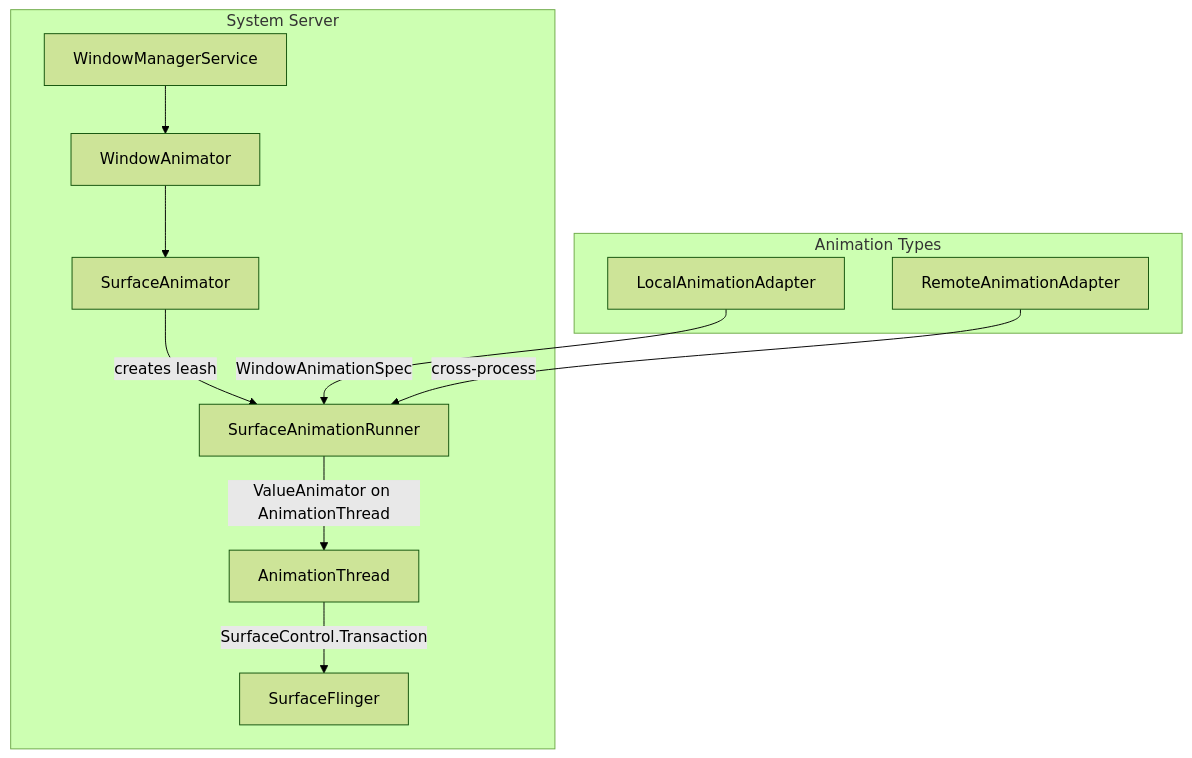
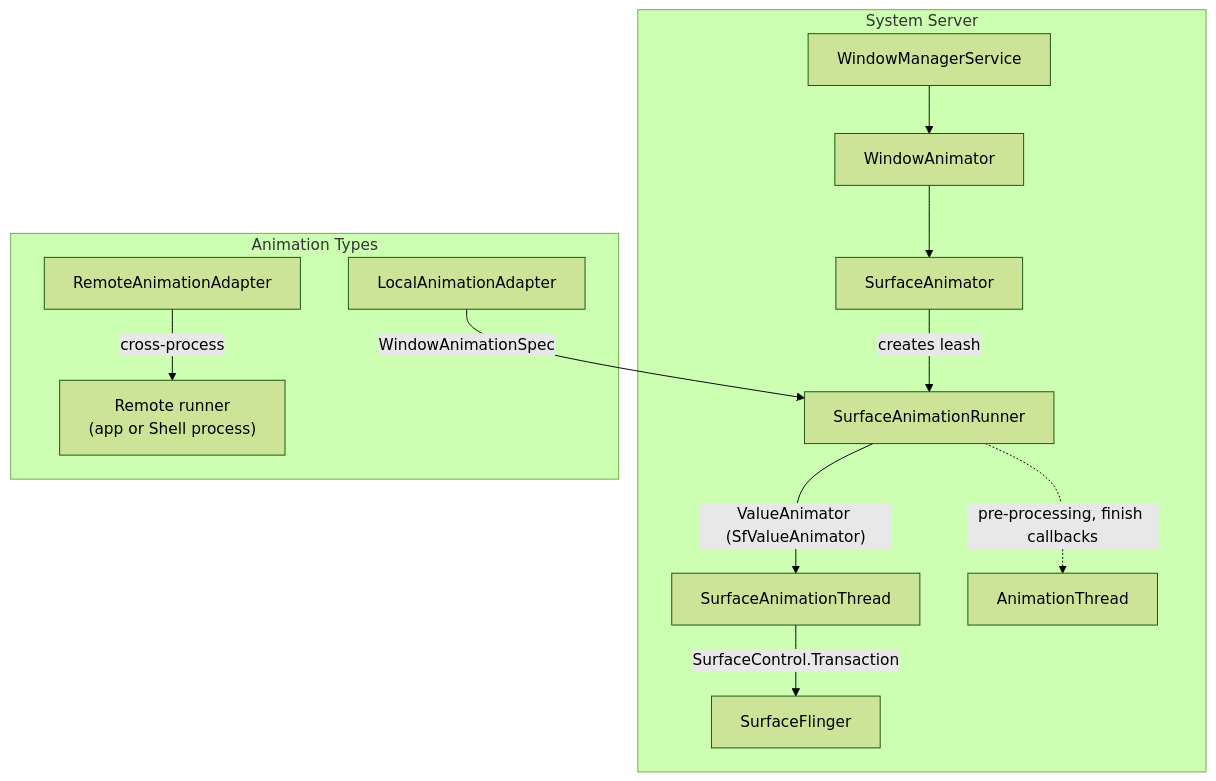
One commit to aospbooks/aosp-internal-book changed diagram 21 of 47 in 14-animation-system.md. Above: the diagram before and after it, drawn with Mermaid (forest theme). The commit also changed other lines of this file and 218 other files, not shown here.

````diff
--- a/14-animation-system.md
+++ b/14-animation-system.md
@@ -2212,15 +2238,16 @@
 ```mermaid
 graph TD
     subgraph "System Server"
         WMS[WindowManagerService] --> WA[WindowAnimator]
         WA --> SA[SurfaceAnimator]
         SA --> |creates leash| SAR[SurfaceAnimationRunner]
-        SAR --> |ValueAnimator on AnimationThread| AT[AnimationThread]
-        AT --> |SurfaceControl.Transaction| SF[SurfaceFlinger]
+        SAR --> |"ValueAnimator (SfValueAnimator)"| SAT[SurfaceAnimationThread]
+        SAT --> |SurfaceControl.Transaction| SF[SurfaceFlinger]
+        SAR -.-> |pre-processing, finish callbacks| AT[AnimationThread]
     end
 
     subgraph "Animation Types"
         LA[LocalAnimationAdapter] --> |WindowAnimationSpec| SAR
-        RA[RemoteAnimationAdapter] --> |cross-process| SAR
+        RA[RemoteAnimationAdapter] --> |cross-process| RP["Remote runner<br/>(app or Shell process)"]
     end
 ```
````
